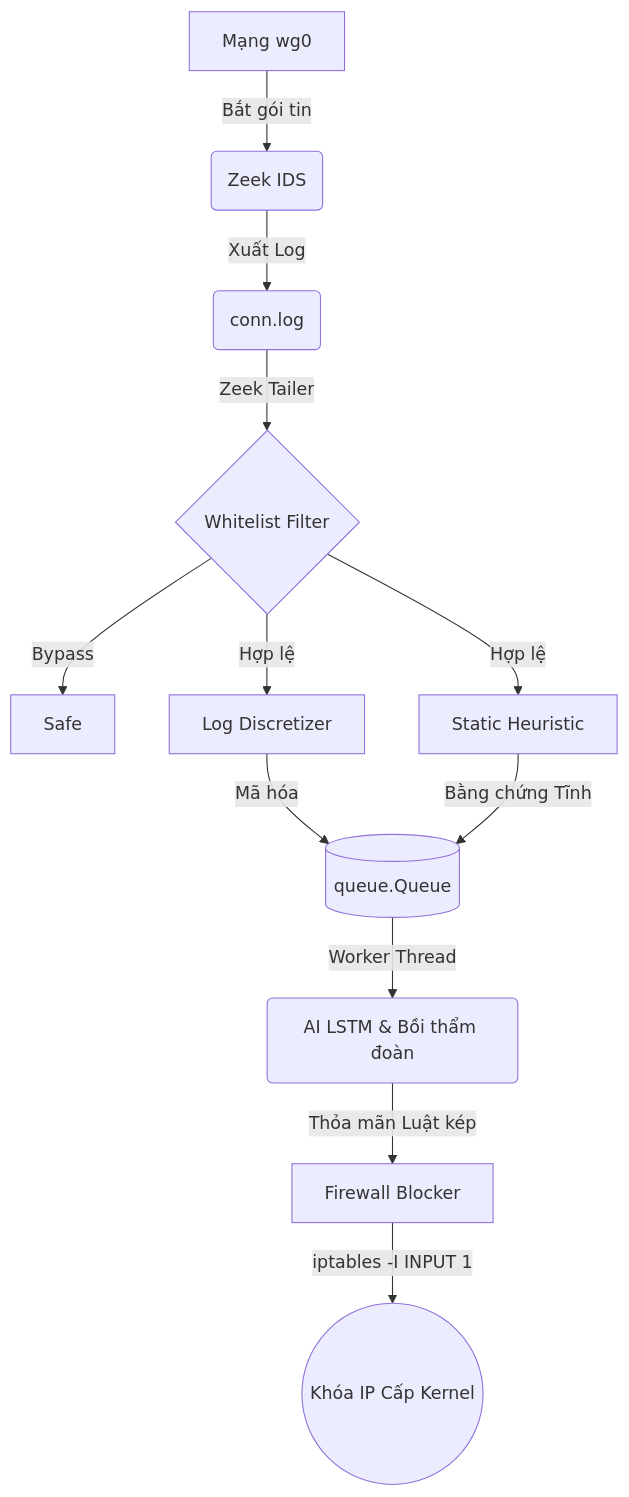
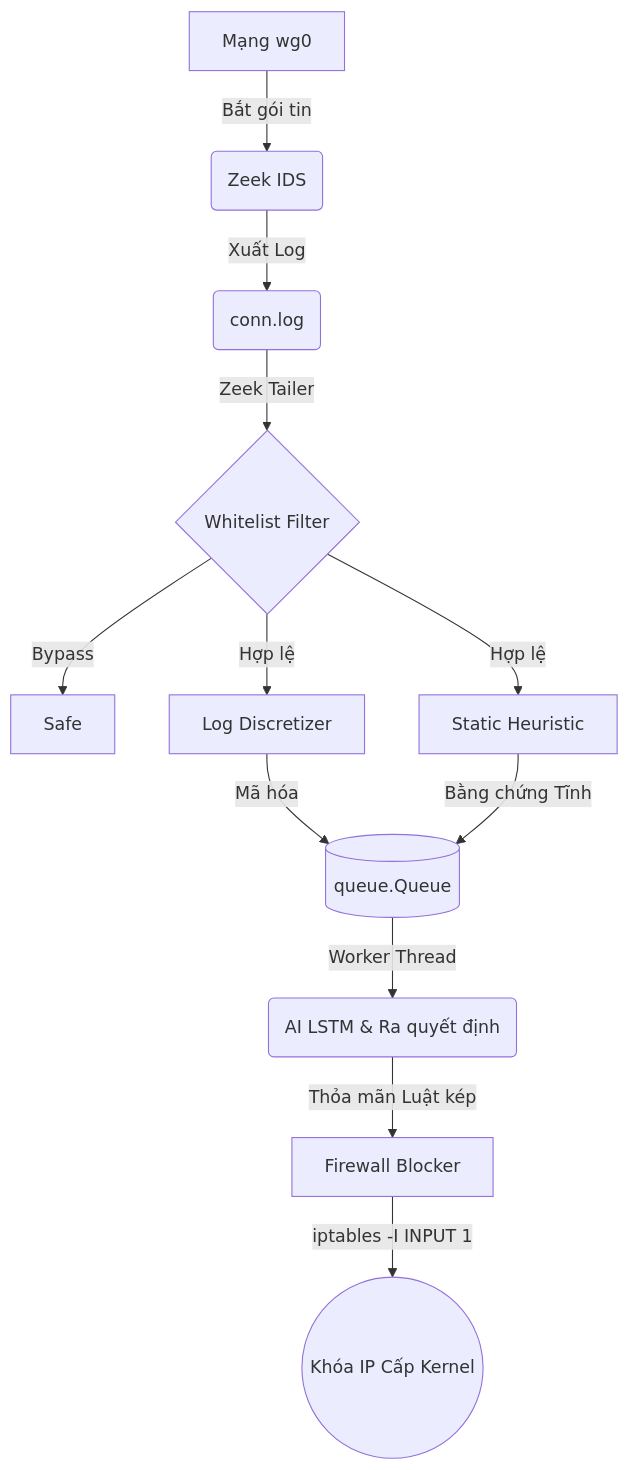
Before and after one commit to bnhhh/aivpn: the diagram in README.md, drawn with Mermaid.

````diff
--- a/README.md
+++ b/README.md
@@ -49,16 +49,16 @@
 ```mermaid
 graph TD
     A[Mạng wg0] -->|Bắt gói tin| B(Zeek IDS)
     B -->|Xuất Log| C(conn.log)
     C -->|Zeek Tailer| D{Whitelist Filter}
     D -- Bypass --> Z[Safe]
     D -- Hợp lệ --> E[Log Discretizer]
     D -- Hợp lệ --> F[Static Heuristic]
     
     E -->|Mã hóa| G[(queue.Queue)]
     F -->|Bằng chứng Tĩnh| G
     
-    G -->|Worker Thread| H(AI LSTM & Bồi thẩm đoàn)
+    G -->|Worker Thread| H(AI LSTM & Ra quyết định)
     H -->|Thỏa mãn Luật kép| I[Firewall Blocker]
     I -->|iptables -I INPUT 1| J((Khóa IP Cấp Kernel))
 ```
````
